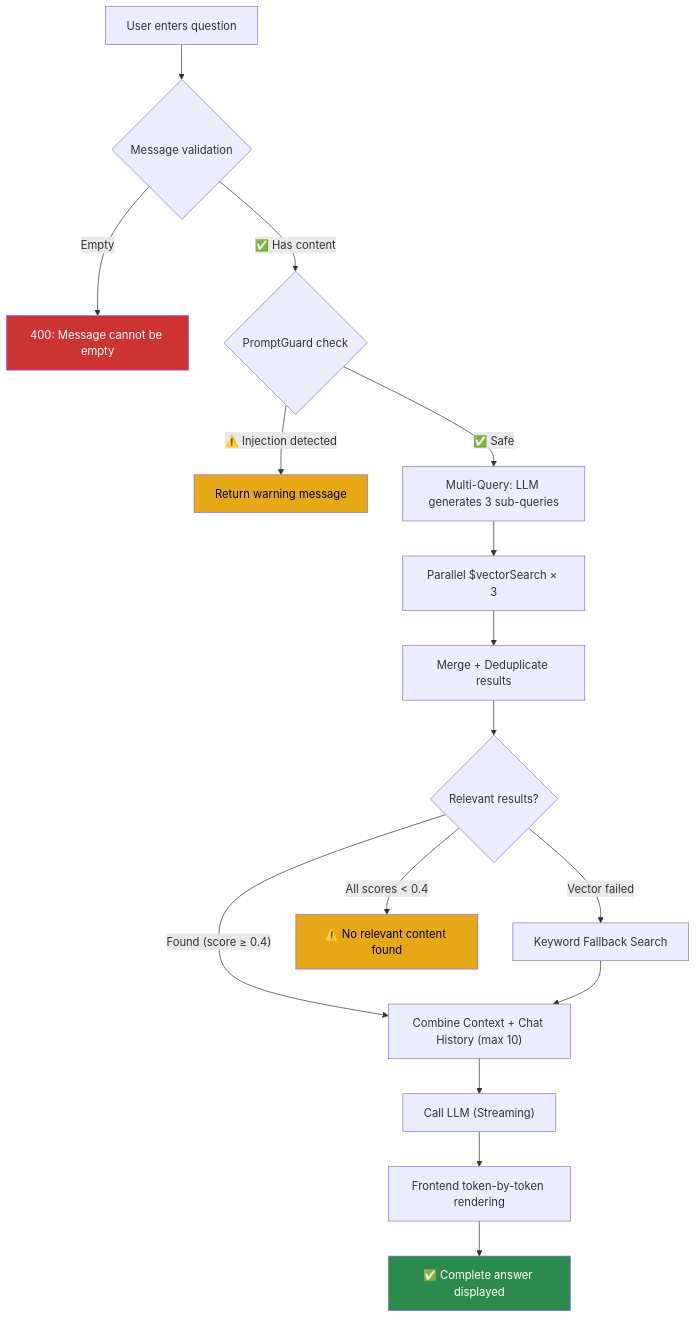
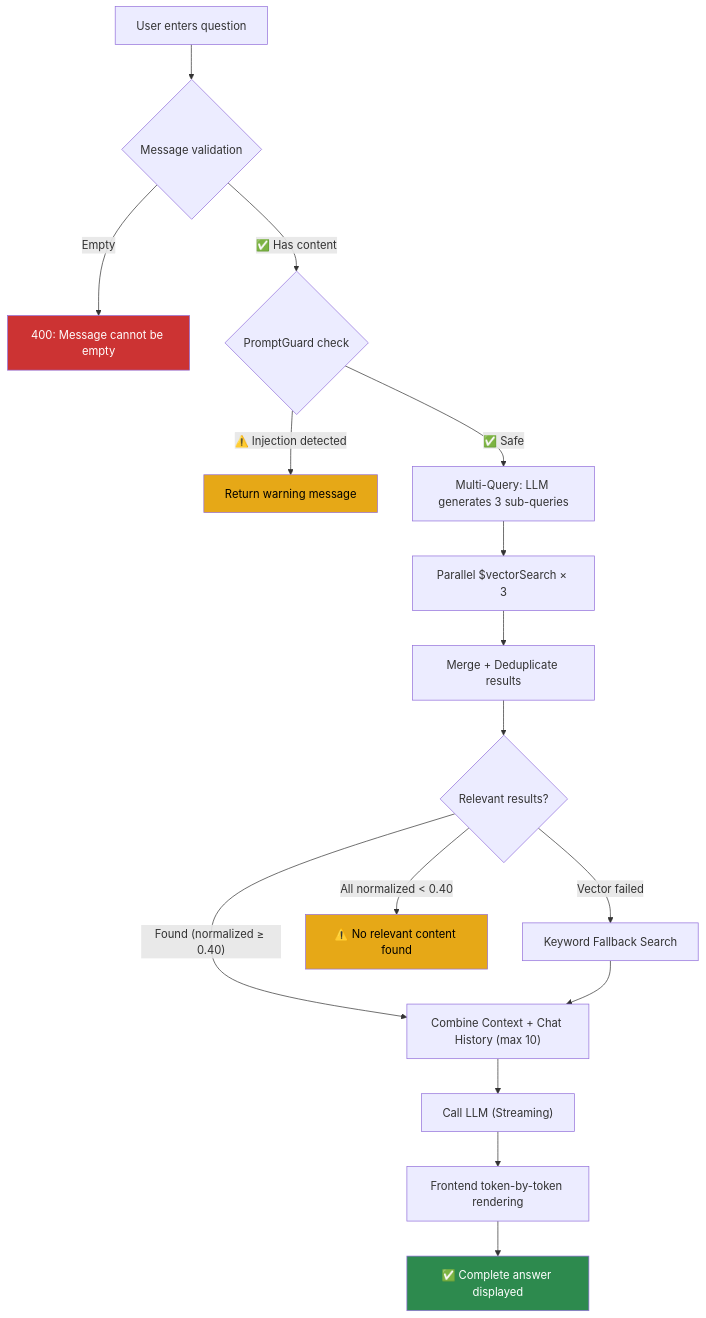
One commit to johnmak101-ops/RevisionApp changed the fourth of 8 diagrams in docs/en/UI_FLOW_DIAGRAM.md. Above: the diagram before and after it, drawn with Mermaid. The commit also changed other lines of this file and 64 other files, not shown here.

````diff
--- a/docs/en/UI_FLOW_DIAGRAM.md
+++ b/docs/en/UI_FLOW_DIAGRAM.md
@@ -59,26 +76,26 @@
 ```mermaid
 flowchart TD
     A["User enters question"] --> B{"Message validation"}
     B -->|"Empty"| ERR1["400: Message cannot be empty"]
     B -->|"✅ Has content"| PG{"PromptGuard check"}
     PG -->|"⚠️ Injection detected"| WARN["Return warning message"]
     PG -->|"✅ Safe"| MQ["Multi-Query: LLM generates 3 sub-queries"]
     
     MQ --> D["Parallel $vectorSearch × 3"]
     D --> MERGE["Merge + Deduplicate results"]
     MERGE --> E{"Relevant results?"}
     
-    E -->|"Found (score ≥ 0.4)"| F["Combine Context + Chat History (max 10)"]
+    E -->|"Found (normalized ≥ 0.40)"| F["Combine Context + Chat History (max 10)"]
     E -->|"Vector failed"| G["Keyword Fallback Search"]
-    E -->|"All scores < 0.4"| H["⚠️ No relevant content found"]
+    E -->|"All normalized < 0.40"| H["⚠️ No relevant content found"]
     
     G --> F
     F --> I["Call LLM (Streaming)"]
     I --> J["Frontend token-by-token rendering"]
     J --> K["✅ Complete answer displayed"]
     
     style K fill:#2d8a4e,color:#fff
     style ERR1 fill:#cc3333,color:#fff
     style H fill:#e6a817,color:#000
     style WARN fill:#e6a817,color:#000
 ```
````
